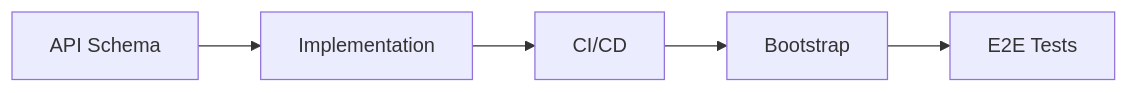
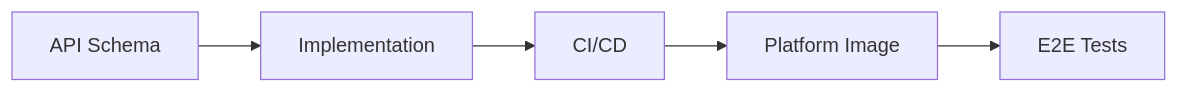
One commit to agynio/architecture changed the diagram in architecture/operations/new-service.md. Above: the diagram before and after it, drawn with Mermaid. The commit also changed other lines of this file and 2 other files, not shown here.

First line of the commit message:
docs: describe CI provisioning as the platform VM

````diff
--- a/architecture/operations/new-service.md
+++ b/architecture/operations/new-service.md
@@ -7,7 +7,7 @@
 ```mermaid
 flowchart LR
     A[API Schema] --> B[Implementation]
     B --> C[CI/CD]
-    C --> D[Bootstrap]
+    C --> D[Platform Image]
     D --> E[E2E Tests]
 ```
````
